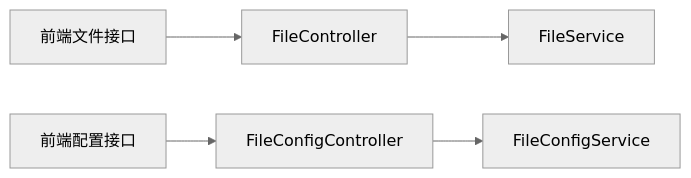
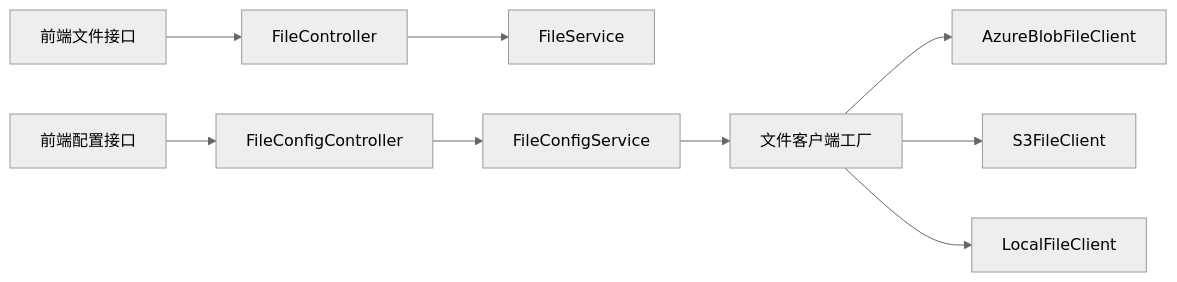
The sixth of 6 diagrams in .qoder/repowiki/zh/content/核心模块/基础设施模块/文件管理系统.md (xiaoche80s-tech/rouyi-vue-pro), drawn with Mermaid (neutral theme) before and after one commit. The commit also changed other lines of this file and 596 other files, not shown here.

````diff
--- a/.qoder/repowiki/zh/content/核心模块/基础设施模块/文件管理系统.md
+++ b/.qoder/repowiki/zh/content/核心模块/基础设施模块/文件管理系统.md
@@ -304,7 +379,11 @@
 ```mermaid
 graph LR
 FE_File["前端文件接口"] --> CTRL_File["FileController"]
 FE_Config["前端配置接口"] --> CTRL_Config["FileConfigController"]
 CTRL_File --> SVC_File["FileService"]
 CTRL_Config --> SVC_Config["FileConfigService"]
+SVC_Config --> FACTORY["文件客户端工厂"]
+FACTORY --> CLIENT_AZURE["AzureBlobFileClient"]
+FACTORY --> CLIENT_S3["S3FileClient"]
+FACTORY --> CLIENT_LOCAL["LocalFileClient"]
 ```
````
